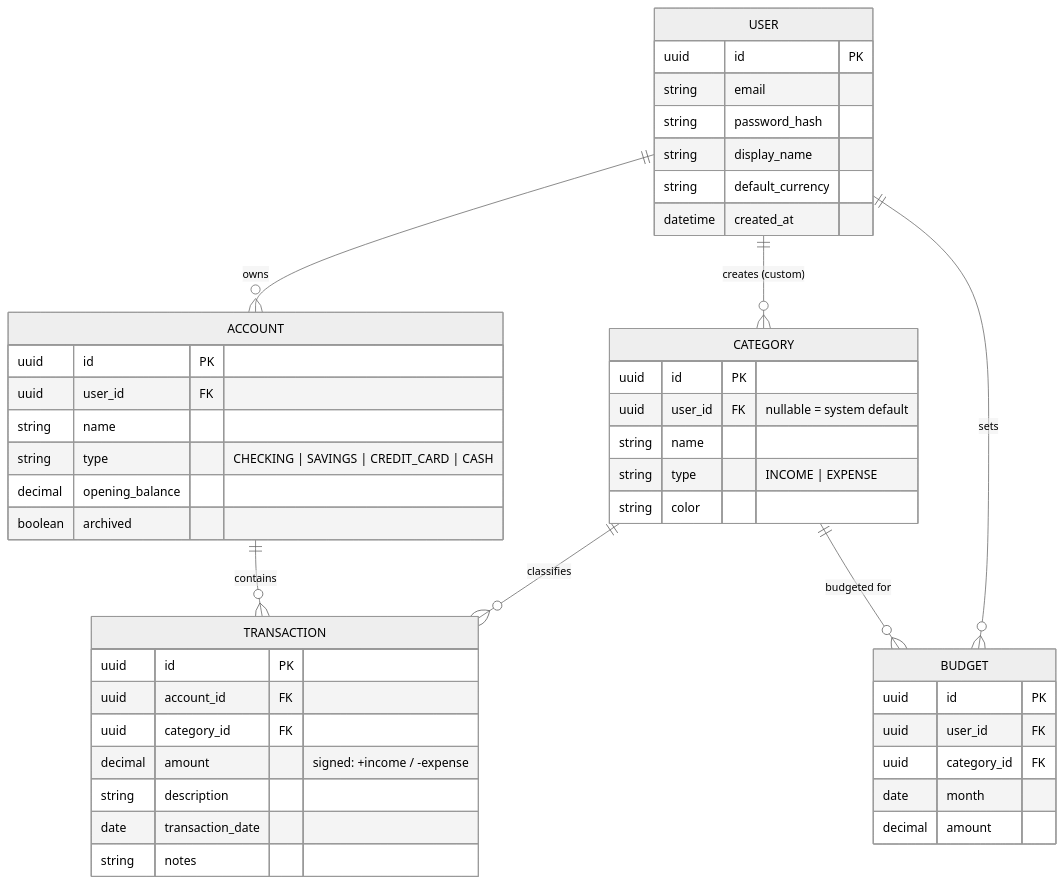
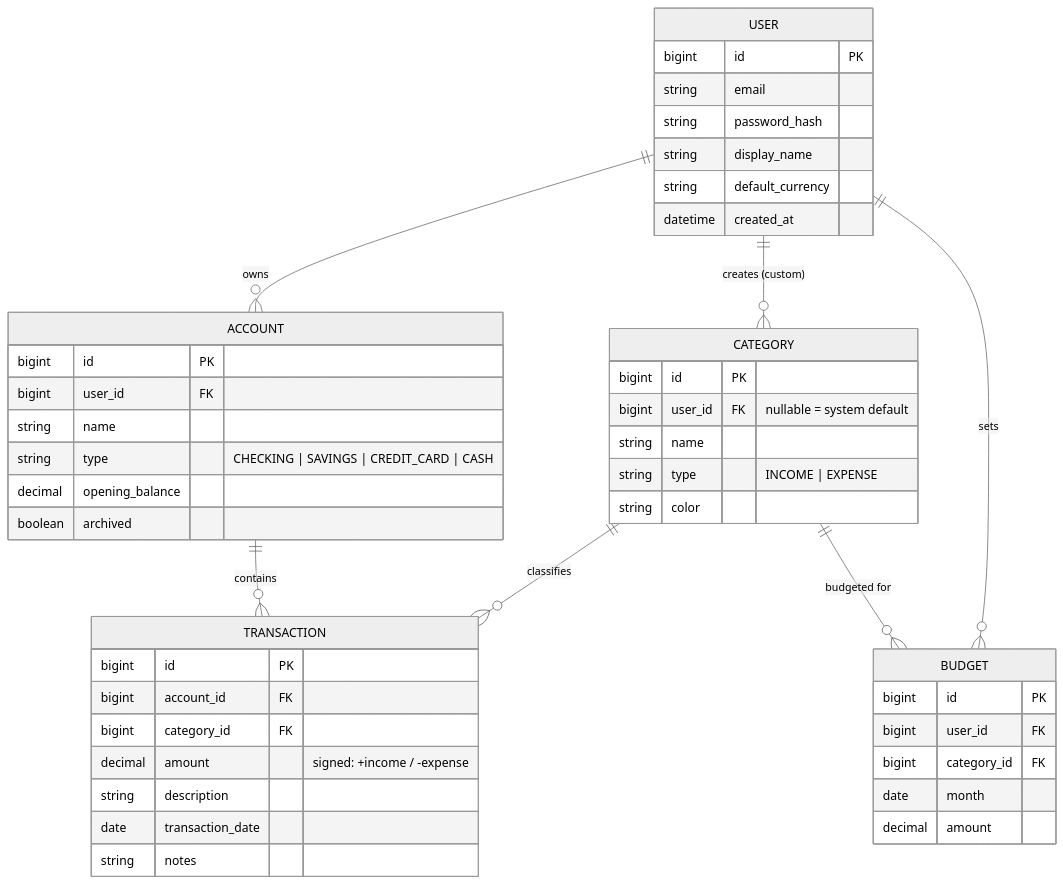
Before and after one commit to itsprakash91/personal-finance-tracker: the diagram in PRODUCT.md, drawn with Mermaid (neutral theme). The commit also changed other lines of this file and 9 other files, not shown here.

````diff
--- a/PRODUCT.md
+++ b/PRODUCT.md
@@ -49,49 +58,49 @@
 ```mermaid
 erDiagram
     USER ||--o{ ACCOUNT : owns
     USER ||--o{ CATEGORY : "creates (custom)"
     USER ||--o{ BUDGET : sets
     ACCOUNT ||--o{ TRANSACTION : contains
     CATEGORY ||--o{ TRANSACTION : classifies
     CATEGORY ||--o{ BUDGET : "budgeted for"
     
     USER {
-        uuid id PK
+        bigint id PK
         string email
         string password_hash
         string display_name
         string default_currency
         datetime created_at
     }
     ACCOUNT {
-        uuid id PK
-        uuid user_id FK
+        bigint id PK
+        bigint user_id FK
         string name
         string type "CHECKING | SAVINGS | CREDIT_CARD | CASH"
         decimal opening_balance
         boolean archived
     }
     CATEGORY {
-        uuid id PK
-        uuid user_id FK "nullable = system default"
+        bigint id PK
+        bigint user_id FK "nullable = system default"
         string name
         string type "INCOME | EXPENSE"
         string color
     }
     TRANSACTION {
-        uuid id PK
-        uuid account_id FK
-        uuid category_id FK
+        bigint id PK
+        bigint account_id FK
+        bigint category_id FK
         decimal amount "signed: +income / -expense"
         string description
         date transaction_date
         string notes
     }
     BUDGET {
-        uuid id PK
-        uuid user_id FK
-        uuid category_id FK
+        bigint id PK
+        bigint user_id FK
+        bigint category_id FK
         date month
         decimal amount
     }
 ```
````
